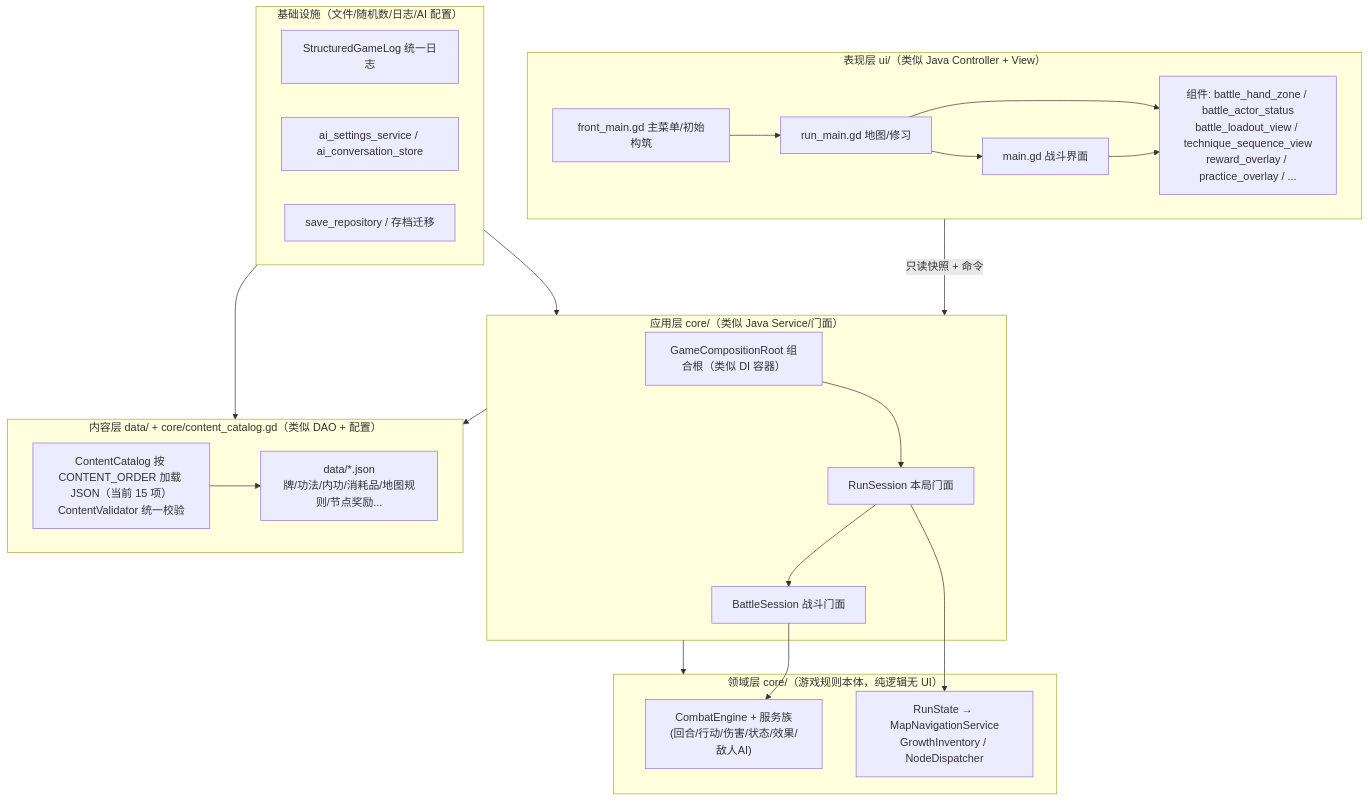
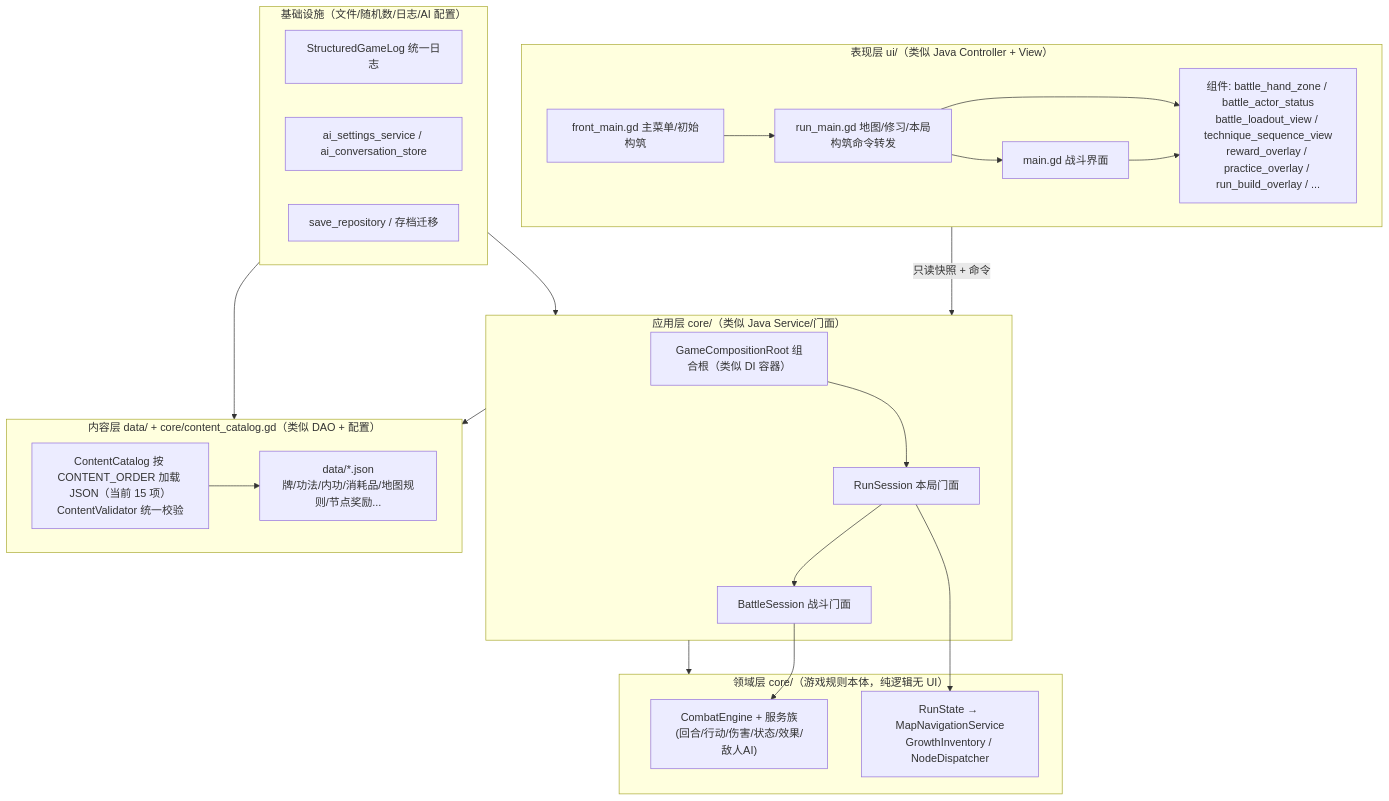
The first of 11 diagrams in combo_duel_vslice/docs/architecture-diagrams.md (duguyumei/games), drawn with Mermaid before and after one commit. The commit also changed other lines of this file and 32 other files, not shown here.

````diff
--- a/combo_duel_vslice/docs/architecture-diagrams.md
+++ b/combo_duel_vslice/docs/architecture-diagrams.md
@@ -20,46 +20,46 @@
 ```mermaid
 flowchart TB
     subgraph UI["表现层 ui/（类似 Java Controller + View）"]
         FRONT["front_main.gd 主菜单/初始构筑"]
-        RUN["run_main.gd 地图/修习"]
+        RUN["run_main.gd 地图/修习/本局构筑命令转发"]
         BATTLE["main.gd 战斗界面"]
-        COMP["组件: battle_hand_zone / battle_actor_status\nbattle_loadout_view / technique_sequence_view\nreward_overlay / practice_overlay / ..."]
+        COMP["组件: battle_hand_zone / battle_actor_status\nbattle_loadout_view / technique_sequence_view\nreward_overlay / practice_overlay / run_build_overlay / ..."]
         FRONT --> RUN
         RUN --> BATTLE
         RUN --> COMP
         BATTLE --> COMP
     end
 
     subgraph APP["应用层 core/（类似 Java Service/门面）"]
         ROOT["GameCompositionRoot 组合根（类似 DI 容器）"]
         RUNS["RunSession 本局门面"]
         BATTLES["BattleSession 战斗门面"]
         ROOT --> RUNS
         RUNS --> BATTLES
     end
 
     subgraph DOMAIN["领域层 core/（游戏规则本体，纯逻辑无 UI）"]
         ENGINE["CombatEngine + 服务族\n(回合/行动/伤害/状态/效果/敌人AI)"]
         RUNSTATE["RunState → MapNavigationService\nGrowthInventory / NodeDispatcher"]
         BATTLES --> ENGINE
         RUNS --> RUNSTATE
     end
 
     subgraph CONTENT["内容层 data/ + core/content_catalog.gd（类似 DAO + 配置）"]
         CATALOG["ContentCatalog 按 CONTENT_ORDER 加载 JSON（当前 15 项）\nContentValidator 统一校验"]
         JSON["data/*.json\n牌/功法/内功/消耗品/地图规则/节点奖励..."]
         CATALOG --> JSON
     end
 
     subgraph INFRA["基础设施（文件/随机数/日志/AI 配置）"]
         LOG["StructuredGameLog 统一日志"]
         AI["ai_settings_service / ai_conversation_store"]
         SAVE["save_repository / 存档迁移"]
     end
 
     UI -- "只读快照 + 命令" --> APP
     APP --> DOMAIN
     APP --> CONTENT
     INFRA --> APP
     INFRA --> CONTENT
 ```
````
